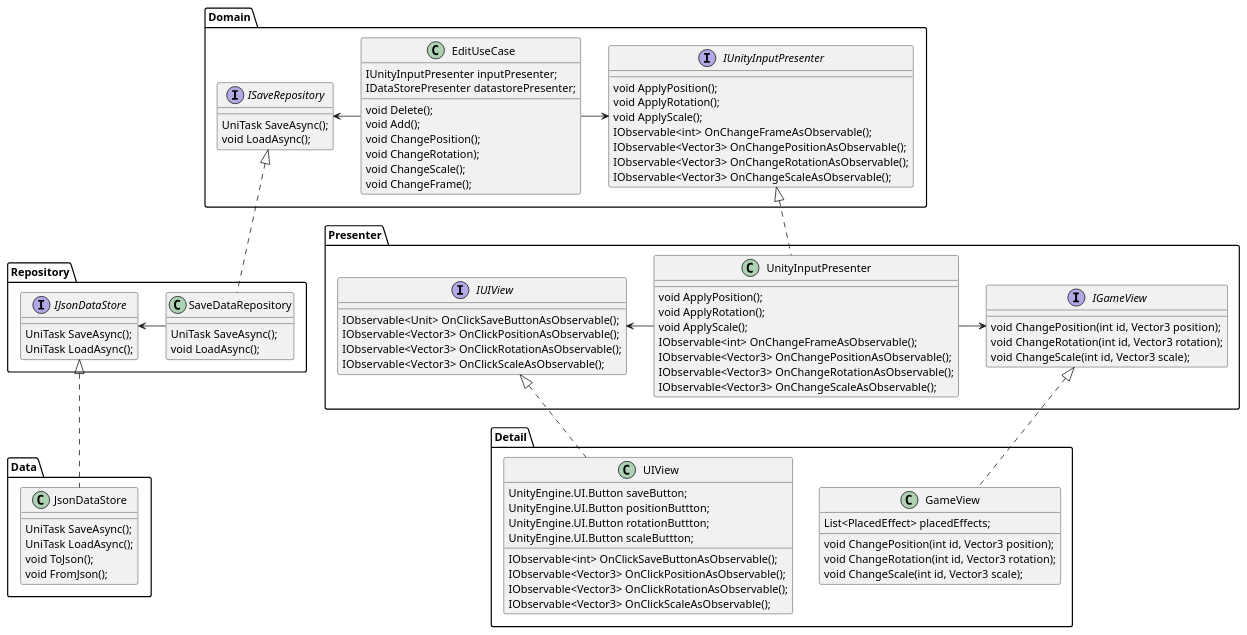
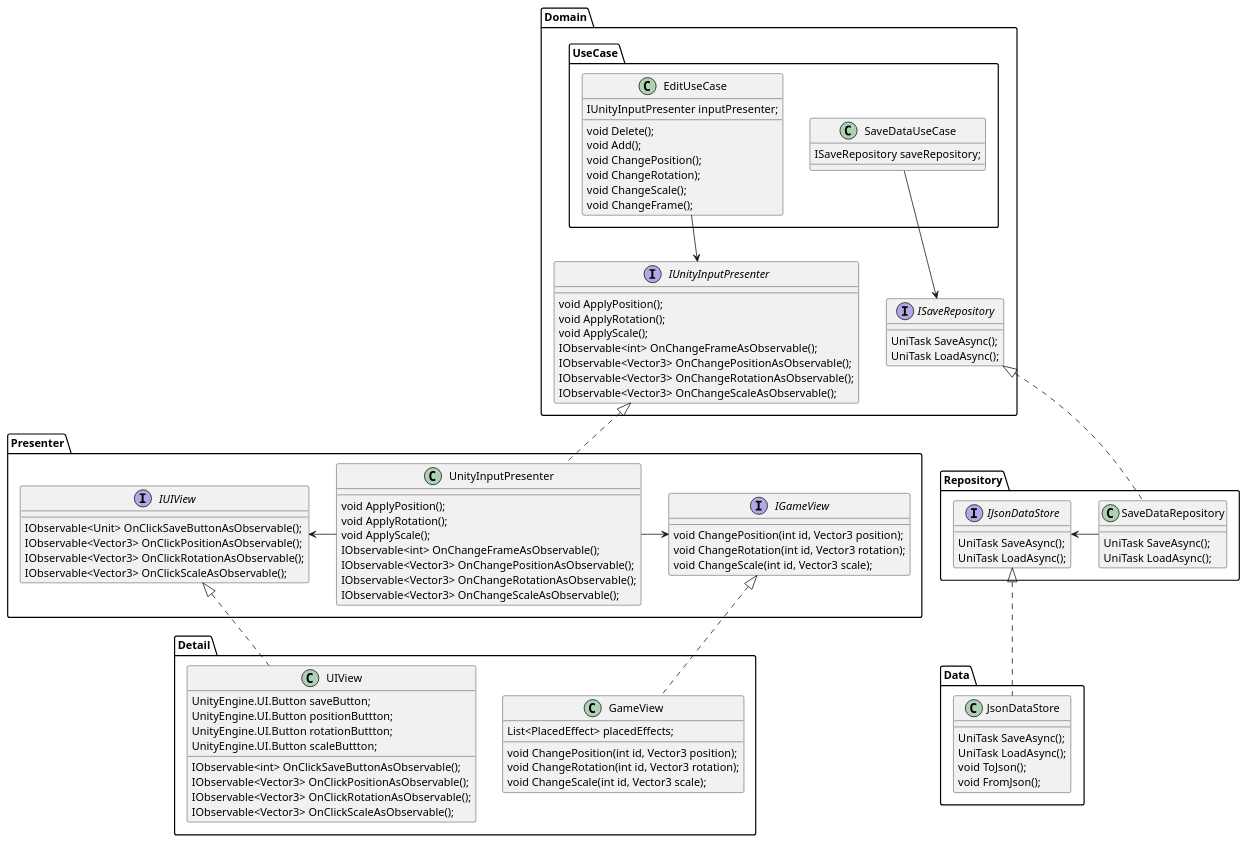
Before and after one commit to HamachiTaro/CleanArchitectureTest: the diagram in doc/CATest.pu, drawn with PlantUML.

Commit message:
クラス図変更。データセーブ用のUseCaseを追加。

```diff
--- a/doc/CATest.pu
+++ b/doc/CATest.pu
@@ -1,137 +1,145 @@
 @startuml
 
 package Domain{
 
-    '実際の処理をUseCaseに記載
-    class EditUseCase 
-    {
-        IUnityInputPresenter inputPresenter;
-        IDataStorePresenter datastorePresenter;
+    package UseCase{
 
-        void Delete();
-        void Add();
-        void ChangePosition();
-        void ChangeRotation);
-        void ChangeScale();
-        void ChangeFrame();
+        '実際の処理をUseCaseに記載
+        class EditUseCase
+        {
+            IUnityInputPresenter inputPresenter;
+
+            void Delete();
+            void Add();
+            void ChangePosition();
+            void ChangeRotation);
+            void ChangeScale();
+            void ChangeFrame();
+        }
+
+        class SaveDataUseCase
+        {
+            ISaveRepository saveRepository;
+        }
+
     }
 
     interface IUnityInputPresenter
     {
         'usecaseがこれを叩いて、見た目を更新する
         void ApplyPosition();
         void ApplyRotation();
         void ApplyScale();
         ' Presenterからのイベント受け取り
         IObservable<int> OnChangeFrameAsObservable();
         IObservable<Vector3> OnChangePositionAsObservable();
         IObservable<Vector3> OnChangeRotationAsObservable();
         IObservable<Vector3> OnChangeScaleAsObservable();
     }
 
     interface ISaveRepository
     {
         UniTask SaveAsync();
-        void LoadAsync();
+        UniTask LoadAsync();
     }
 
-    ISaveRepository <- EditUseCase
-    EditUseCase -> IUnityInputPresenter
+    SaveDataUseCase --> ISaveRepository
+    EditUseCase --> IUnityInputPresenter
 }
 
 package Repository {
 
     class SaveDataRepository
     {
         UniTask SaveAsync();
-        void LoadAsync();
+        UniTask LoadAsync();
     }
 
     interface IJsonDataStore {
         UniTask SaveAsync();
         UniTask LoadAsync();
     }
 
     ISaveRepository <|.. SaveDataRepository
     IJsonDataStore <- SaveDataRepository
 }
 
 package Data {
 
-    class JsonDataStore 
+    class JsonDataStore
     {
         UniTask SaveAsync();
         UniTask LoadAsync();
         void ToJson();
         void FromJson();
     }
 
     IJsonDataStore <|.. JsonDataStore
 }
 
 
 package Presenter {
 
     class UnityInputPresenter
     {
         void ApplyPosition();
         void ApplyRotation();
         void ApplyScale();
         IObservable<int> OnChangeFrameAsObservable();
         IObservable<Vector3> OnChangePositionAsObservable();
         IObservable<Vector3> OnChangeRotationAsObservable();
         IObservable<Vector3> OnChangeScaleAsObservable();
     }
 
     interface IUIView
     {
         IObservable<Unit> OnClickSaveButtonAsObservable();
         IObservable<Vector3> OnClickPositionAsObservable();
         IObservable<Vector3> OnClickRotationAsObservable();
         IObservable<Vector3> OnClickScaleAsObservable();
     }
 
     interface IGameView
     {
         void ChangePosition(int id, Vector3 position);
         void ChangeRotation(int id, Vector3 rotation);
         void ChangeScale(int id, Vector3 scale);
     }
 
     IUnityInputPresenter <|.. UnityInputPresenter
-    IUIView <- UnityInputPresenter 
+    IUIView <- UnityInputPresenter
     UnityInputPresenter -> IGameView
 }
 
 package Detail {
 
     'UnityEngine.UIを知っている
     class UIView
     {
         UnityEngine.UI.Button saveButton;
         UnityEngine.UI.Button positionButtton;
         UnityEngine.UI.Button rotationButtton;
         UnityEngine.UI.Button scaleButtton;
-        
+
         'idを渡したいのでint
         IObservable<int> OnClickSaveButtonAsObservable();
         IObservable<Vector3> OnClickPositionAsObservable();
         IObservable<Vector3> OnClickRotationAsObservable();
         IObservable<Vector3> OnClickScaleAsObservable();
     }
 
     'UnityEngine.GameObjectを知っている
-    class GameView 
+    class GameView
     {
         List<PlacedEffect> placedEffects;
         void ChangePosition(int id, Vector3 position);
         void ChangeRotation(int id, Vector3 rotation);
         void ChangeScale(int id, Vector3 scale);
     }
 
     IUIView <|.. UIView
     IGameView <|.. GameView
 }
 
 
 @enduml
```
